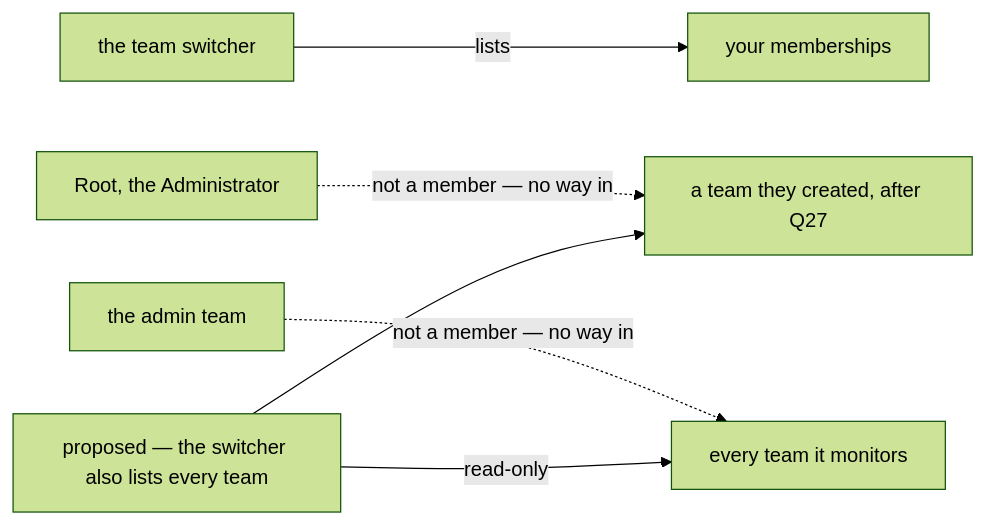
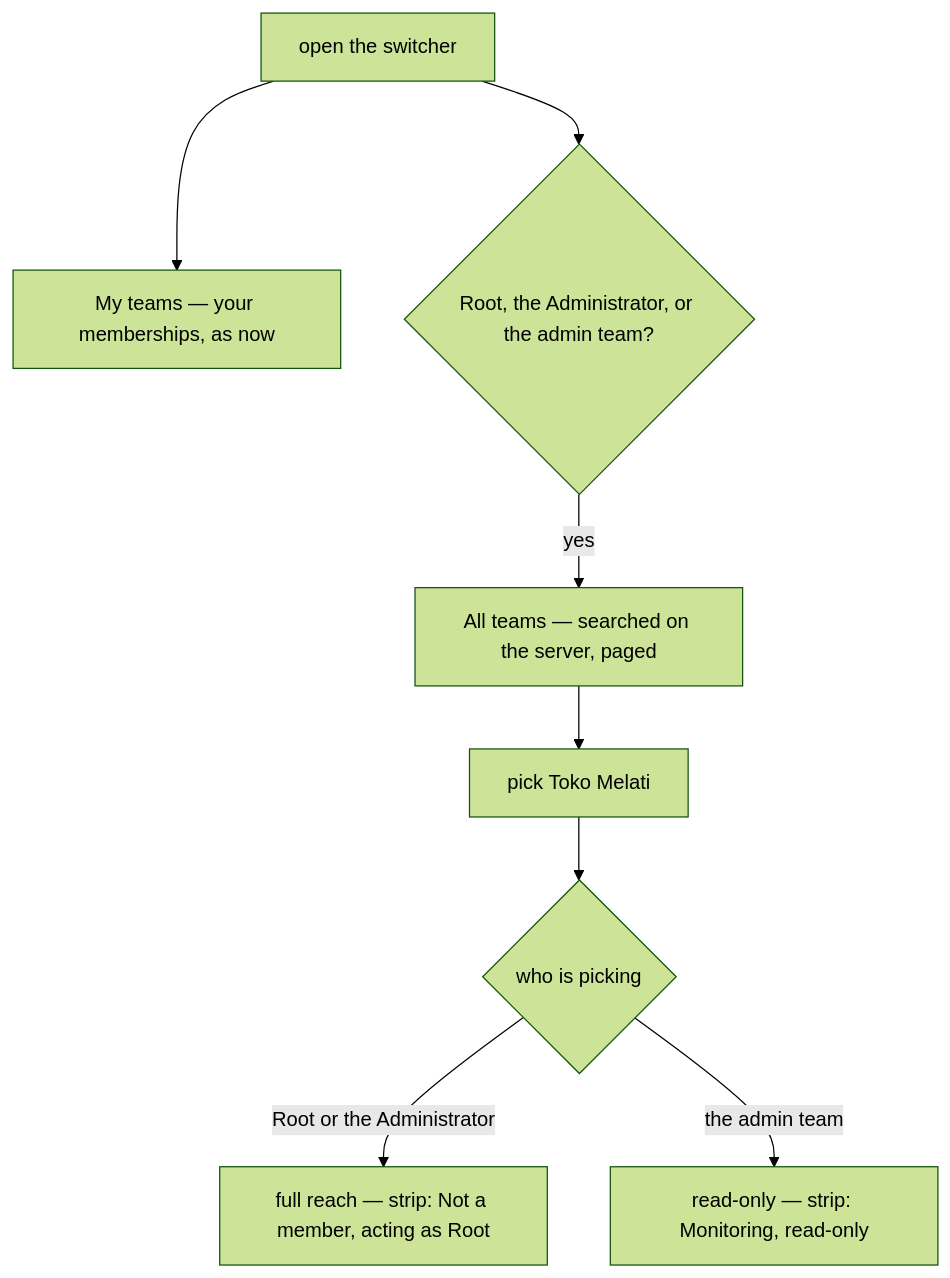
One commit to pdcgo/warehouse_revamp changed the third of 12 diagrams in docs/business/user/context_clarify.md. Above: the diagram before and after it, drawn with Mermaid (forest theme). The commit also changed other lines of this file and 2 other files, not shown here.

First line of the commit message:
user: Q28 elaborated - the switcher, in five parts

````diff
--- a/docs/business/user/context_clarify.md
+++ b/docs/business/user/context_clarify.md
@@ -216,8 +199,10 @@
 ```mermaid
-flowchart LR
-  S["the team switcher"] -->|"lists"| M["your memberships"]
-  R["Root, the Administrator"] -.->|"not a member — no way in"| T["a team they created, after Q27"]
-  A["the admin team"] -.->|"not a member — no way in"| W["every team it monitors"]
-  P["proposed — the switcher also lists every team"] --> T
-  P -->|"read-only"| W
+flowchart TB
+  O["open the switcher"] --> M["My teams — your memberships, as now"]
+  O --> Q{"Root, the Administrator, or the admin team?"}
+  Q -->|"yes"| A["All teams — searched on the server, paged"]
+  A --> P["pick Toko Melati"]
+  P --> R{"who is picking"}
+  R -->|"Root or the Administrator"| F["full reach — strip: Not a member, acting as Root"]
+  R -->|"the admin team"| RO["read-only — strip: Monitoring, read-only"]
 ```
````
